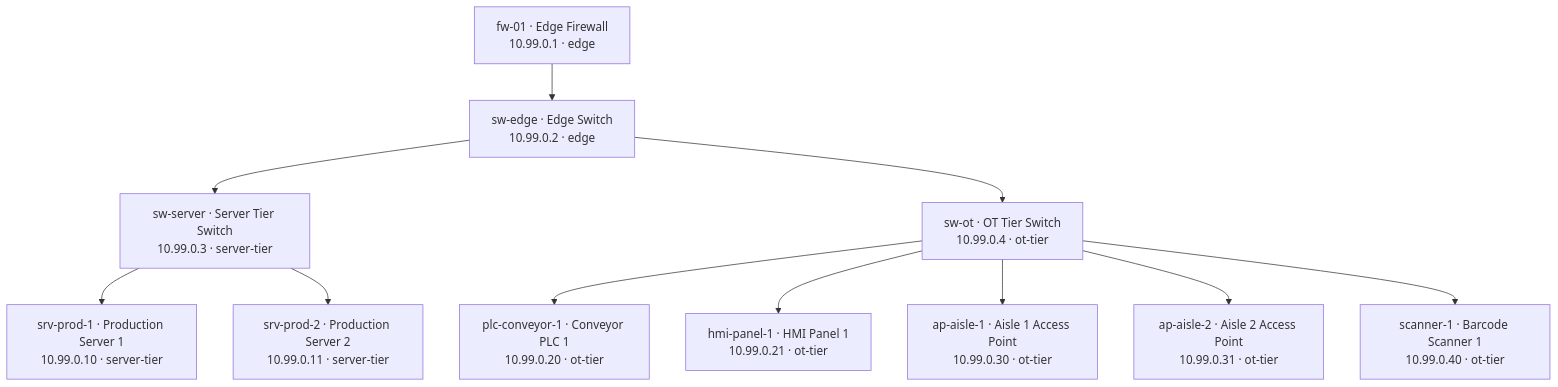
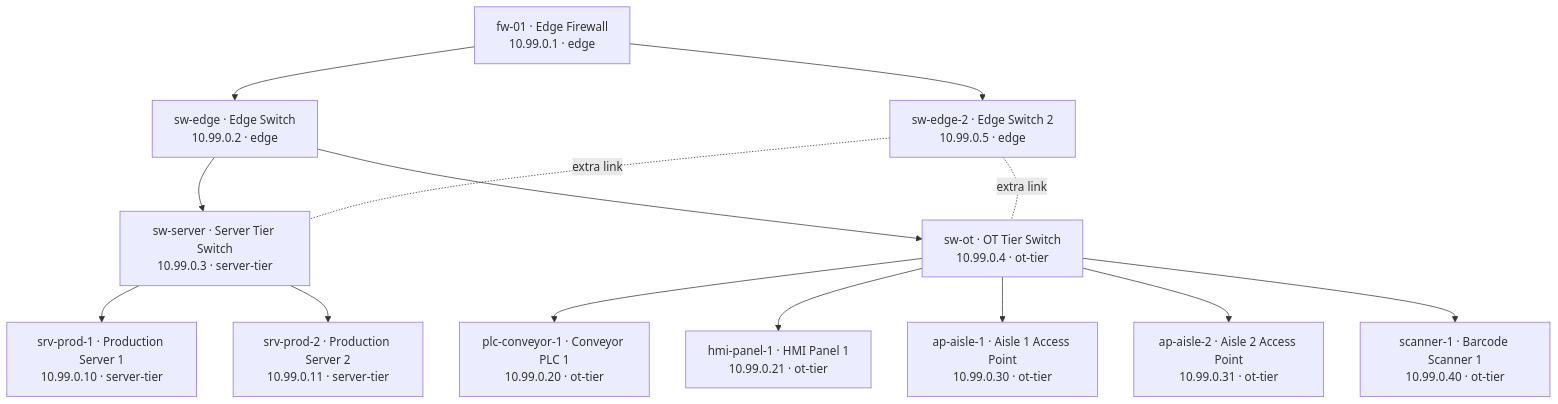
The eighth of 10 diagrams in README.md (dumbL4d/network-analyser), drawn with Mermaid before and after one commit. The commit also changed other lines of this file and 28 other files, not shown here.

````diff
--- a/README.md
+++ b/README.md
@@ -590,25 +631,29 @@
 ```mermaid
 flowchart TD
     FW["fw-01 · Edge Firewall<br/>10.99.0.1 · edge"]
     SWE["sw-edge · Edge Switch<br/>10.99.0.2 · edge"]
+    SWE2["sw-edge-2 · Edge Switch 2<br/>10.99.0.5 · edge"]
     SWS["sw-server · Server Tier Switch<br/>10.99.0.3 · server-tier"]
     SRV1["srv-prod-1 · Production Server 1<br/>10.99.0.10 · server-tier"]
     SRV2["srv-prod-2 · Production Server 2<br/>10.99.0.11 · server-tier"]
     SWO["sw-ot · OT Tier Switch<br/>10.99.0.4 · ot-tier"]
     PLC["plc-conveyor-1 · Conveyor PLC 1<br/>10.99.0.20 · ot-tier"]
     HMI["hmi-panel-1 · HMI Panel 1<br/>10.99.0.21 · ot-tier"]
     AP1["ap-aisle-1 · Aisle 1 Access Point<br/>10.99.0.30 · ot-tier"]
     AP2["ap-aisle-2 · Aisle 2 Access Point<br/>10.99.0.31 · ot-tier"]
     SCN["scanner-1 · Barcode Scanner 1<br/>10.99.0.40 · ot-tier"]
 
     FW --> SWE
+    FW --> SWE2
     SWE --> SWS
     SWE --> SWO
+    SWE2 -. "extra link" .- SWS
+    SWE2 -. "extra link" .- SWO
     SWS --> SRV1
     SWS --> SRV2
     SWO --> PLC
     SWO --> HMI
     SWO --> AP1
     SWO --> AP2
     SWO --> SCN
 ```
````
